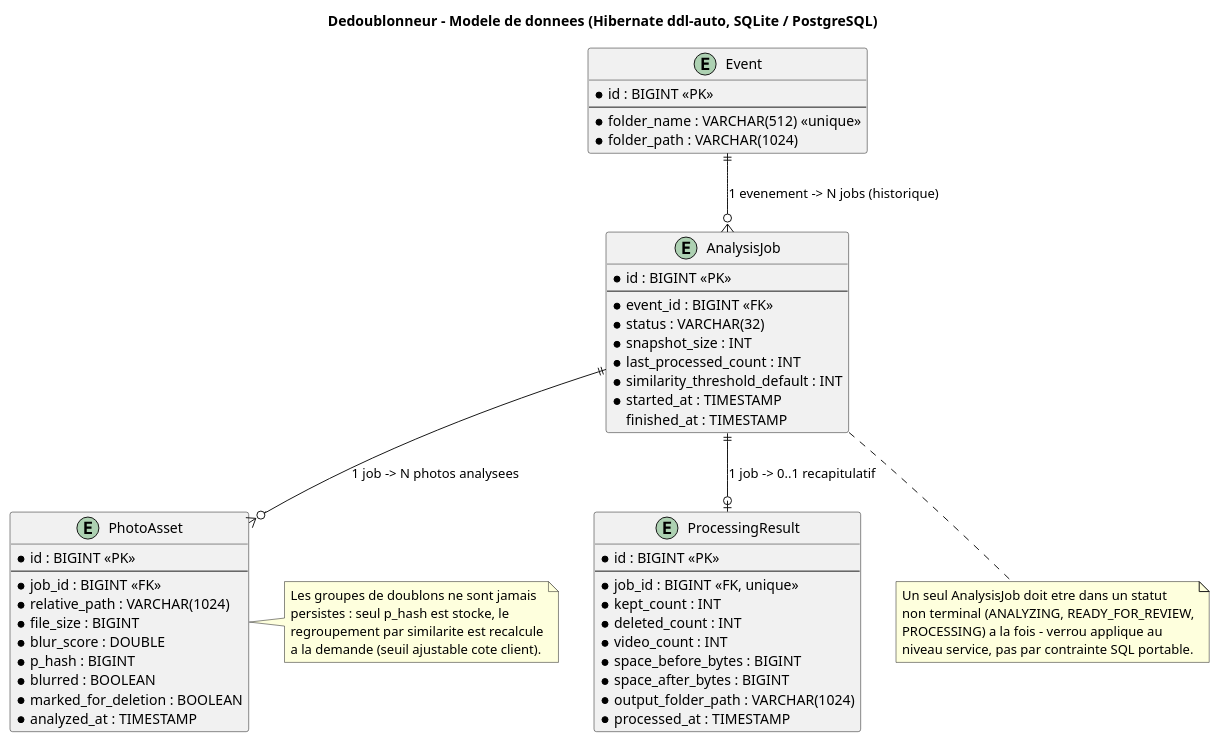
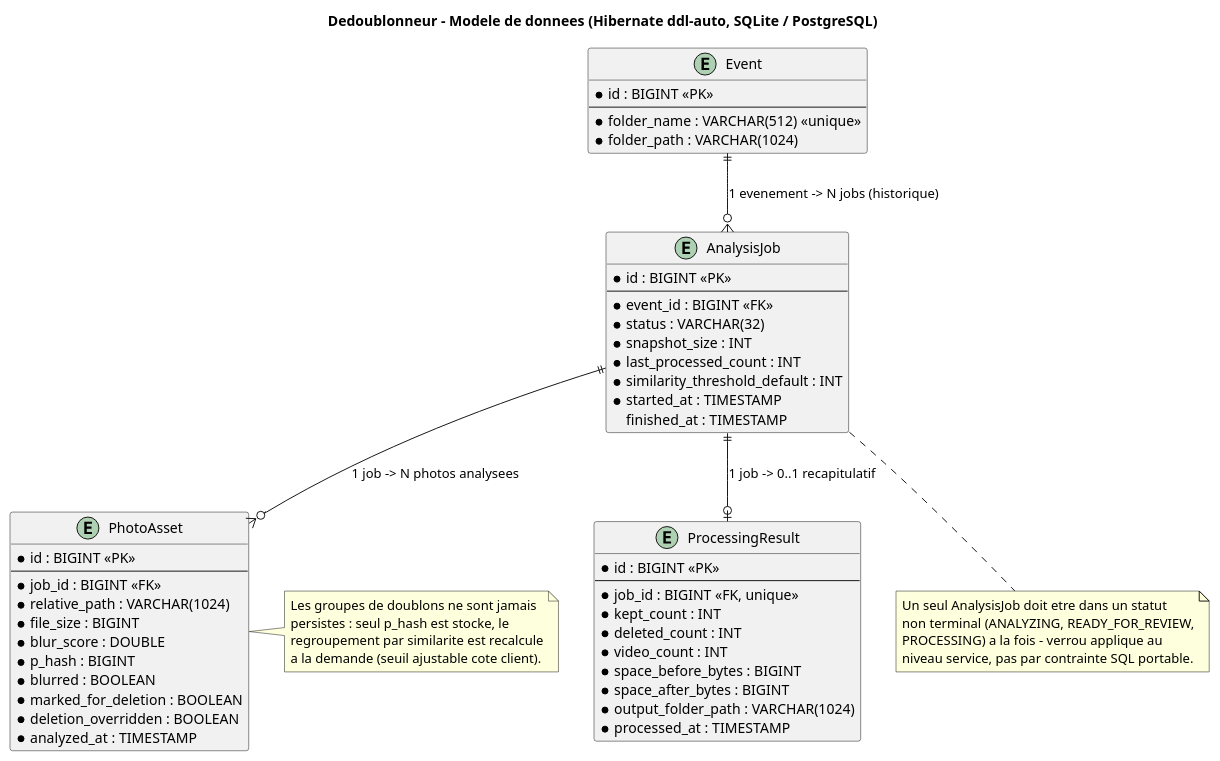
One commit to alexgit95/dedoublonneur changed the diagram in docs/database.puml. Above: the diagram before and after it, drawn with PlantUML. The commit also changed 31 other files, not shown here.

```diff
--- a/docs/database.puml
+++ b/docs/database.puml
@@ -1,67 +1,68 @@
 @startuml database
 title Dedoublonneur - Modele de donnees (Hibernate ddl-auto, SQLite / PostgreSQL)
 
 entity "Event" as event {
   * id : BIGINT <<PK>>
   --
   * folder_name : VARCHAR(512) <<unique>>
   * folder_path : VARCHAR(1024)
 }
 
 entity "AnalysisJob" as job {
   * id : BIGINT <<PK>>
   --
   * event_id : BIGINT <<FK>>
   * status : VARCHAR(32)
   * snapshot_size : INT
   * last_processed_count : INT
   * similarity_threshold_default : INT
   * started_at : TIMESTAMP
   finished_at : TIMESTAMP
 }
 
 entity "PhotoAsset" as photo {
   * id : BIGINT <<PK>>
   --
   * job_id : BIGINT <<FK>>
   * relative_path : VARCHAR(1024)
   * file_size : BIGINT
   * blur_score : DOUBLE
   * p_hash : BIGINT
   * blurred : BOOLEAN
   * marked_for_deletion : BOOLEAN
+  * deletion_overridden : BOOLEAN
   * analyzed_at : TIMESTAMP
 }
 
 entity "ProcessingResult" as result {
   * id : BIGINT <<PK>>
   --
   * job_id : BIGINT <<FK, unique>>
   * kept_count : INT
   * deleted_count : INT
   * video_count : INT
   * space_before_bytes : BIGINT
   * space_after_bytes : BIGINT
   * output_folder_path : VARCHAR(1024)
   * processed_at : TIMESTAMP
 }
 
 event ||--o{ job : "1 evenement -> N jobs (historique)"
 job ||--o{ photo : "1 job -> N photos analysees"
 job ||--o| result : "1 job -> 0..1 recapitulatif"
 
 note right of photo
   Les groupes de doublons ne sont jamais
   persistes : seul p_hash est stocke, le
   regroupement par similarite est recalcule
   a la demande (seuil ajustable cote client).
 end note
 
 note bottom of job
   Un seul AnalysisJob doit etre dans un statut
   non terminal (ANALYZING, READY_FOR_REVIEW,
   PROCESSING) a la fois - verrou applique au
   niveau service, pas par contrainte SQL portable.
 end note
 
 @enduml
```
